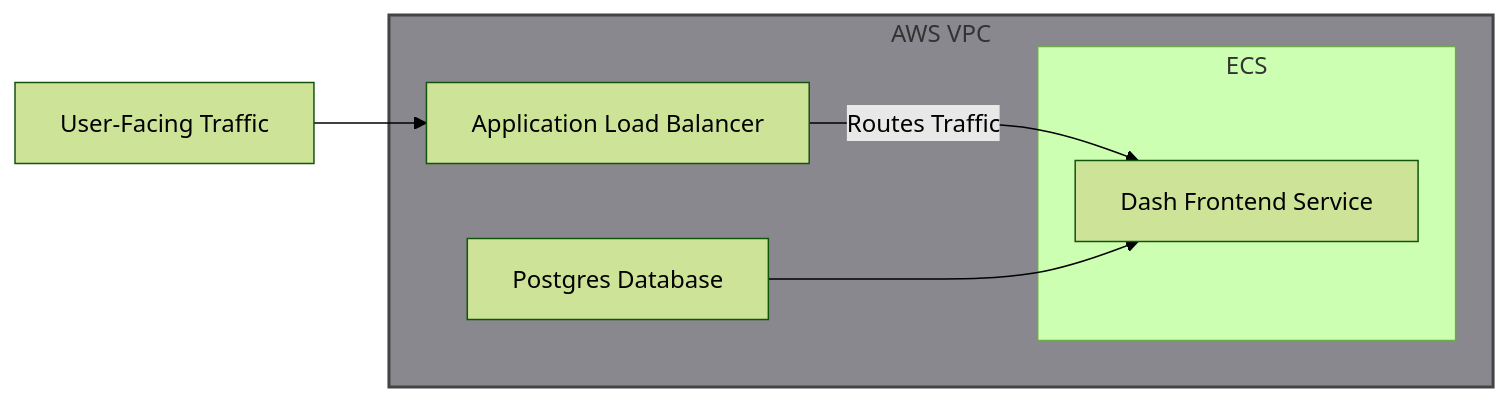
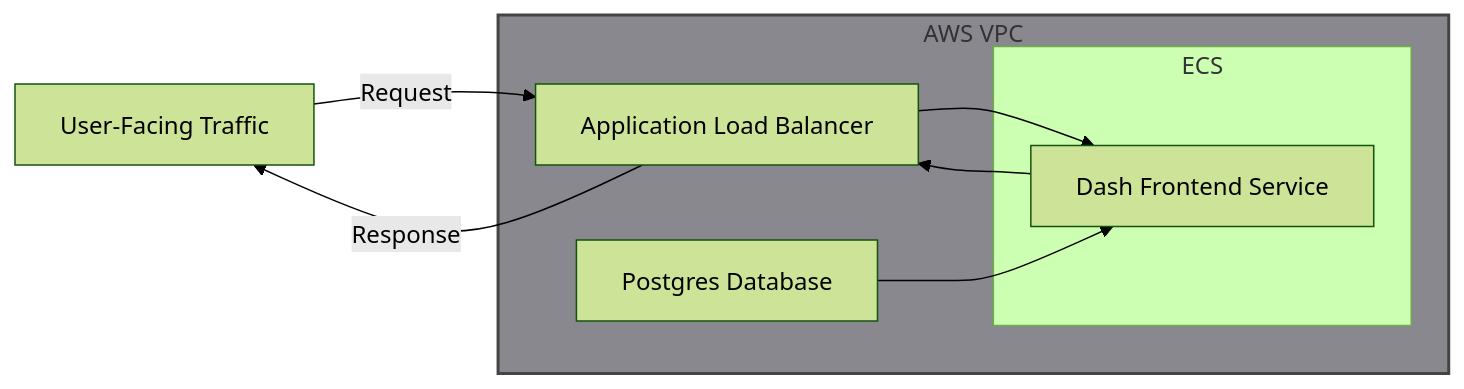
The diagram in src/content/docs/services/dash_frontend.md (jyablonski/doqs), drawn with Mermaid (forest theme) before and after one commit. The commit also changed other lines of this file and 29 other files, not shown here.

````diff
--- a/src/content/docs/services/dash_frontend.md
+++ b/src/content/docs/services/dash_frontend.md
@@ -12,15 +12,17 @@
 ``` mermaid
 graph LR
-    User[User-Facing Traffic] --> ALB[Application Load Balancer]
-    ALB -->|Routes Traffic| DASH[Dash Frontend Service]
+    User[User-Facing Traffic] -->|Request| ALB[Application Load Balancer]
+    ALB -->|Response| User
+    ALB --> DASH[Dash Frontend Service]
+    DASH --> ALB
     DB[Postgres Database] --> DASH
     subgraph VPC[AWS VPC]
         ALB
         DB
         subgraph ECSBox[ECS]
             DASH
         end
     end
 
   style VPC fill:#89888f,stroke:#444444,stroke-width:2px
 ```
````
